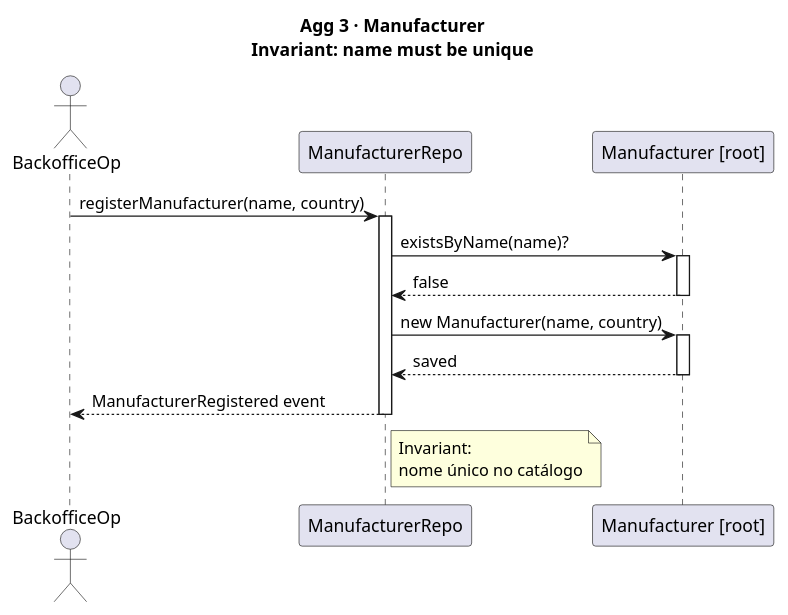
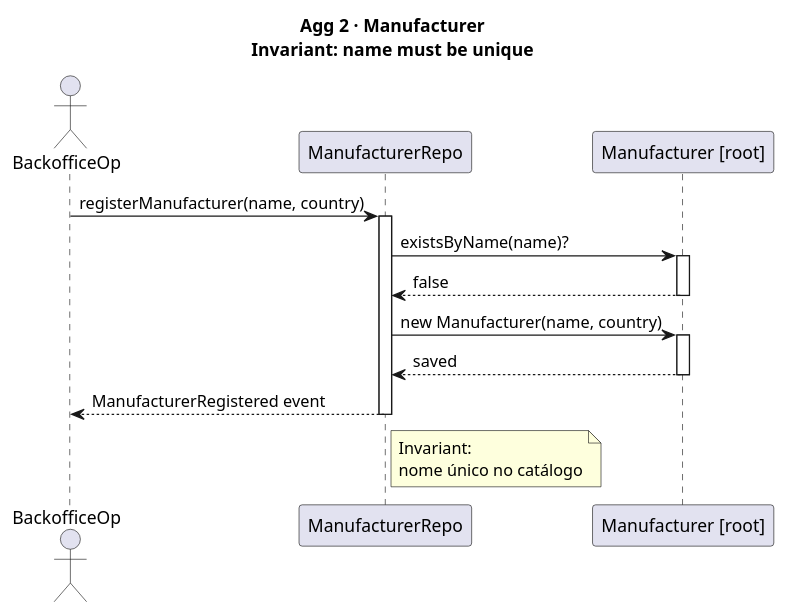
Before and after one commit to DuartePinto1240/sem4pi2526-sem4pi2526_2da2: the diagram in docs/Agg02.puml, drawn with PlantUML. The commit also changed 6 other files, not shown here.

```diff
--- a/docs/Agg02.puml
+++ b/docs/Agg02.puml
@@ -1,29 +1,29 @@
-@startuml US011_Agg03_Manufacturer
-title Agg 3 · Manufacturer\nInvariant: name must be unique
+@startuml US011_Agg02_Manufacturer
+title Agg 2 · Manufacturer\nInvariant: name must be unique
 
 actor "BackofficeOp" as Op
 participant "ManufacturerRepo" as Repo
 participant "Manufacturer [root]" as Mfr
 
 Op -> Repo : registerManufacturer(name, country)
 activate Repo
 
 Repo -> Mfr : existsByName(name)?
 activate Mfr
 Mfr --> Repo : false
 deactivate Mfr
 
 Repo -> Mfr : new Manufacturer(name, country)
 activate Mfr
 Mfr --> Repo : saved
 deactivate Mfr
 
 Repo --> Op : ManufacturerRegistered event
 deactivate Repo
 
 note right of Repo
   Invariant:
   nome único no catálogo
 end note
 
 @enduml
```
